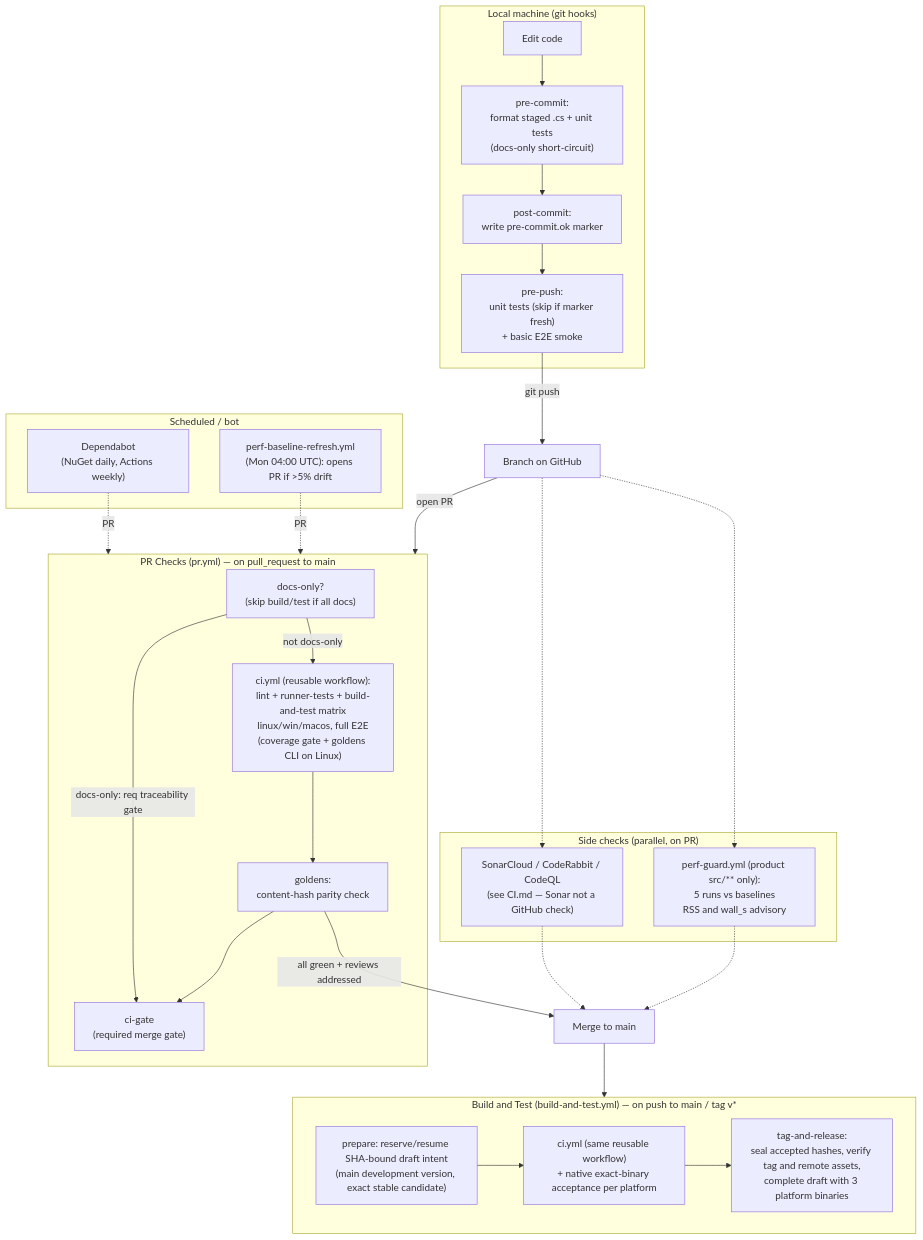
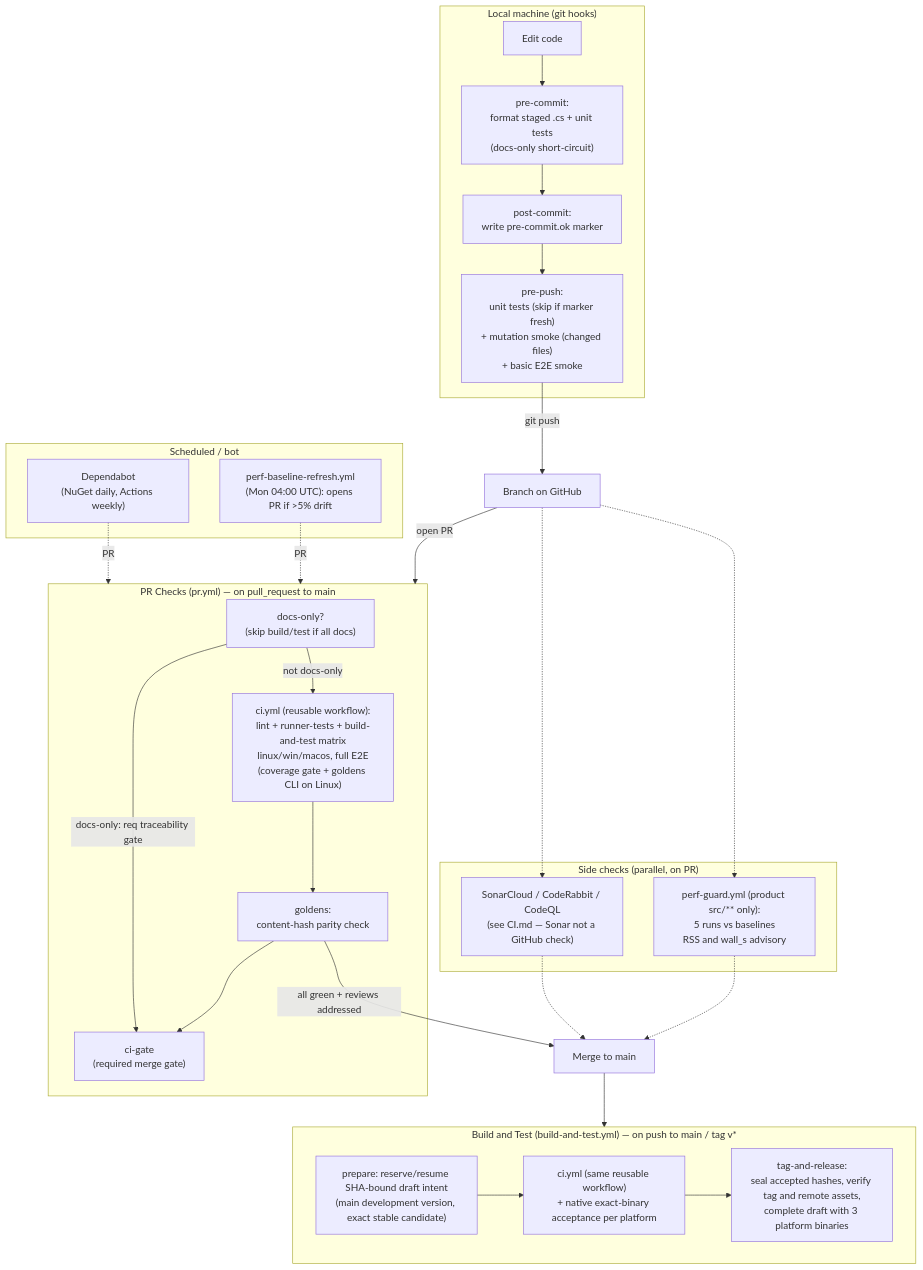
The diagram in docs/cicd.md (dwojtaszek/zipper), drawn with Mermaid before and after one commit. The commit also changed other lines of this file and 7 other files, not shown here.

Commit message:
feat(testing): add pre-push mutation smoke gate and runner error visibility (#1239)

````diff
--- a/docs/cicd.md
+++ b/docs/cicd.md
@@ -9,49 +9,49 @@
 ```mermaid
 flowchart TD
     subgraph local["Local machine (git hooks)"]
         edit["Edit code"]
         precommit["pre-commit:<br/>format staged .cs + unit tests<br/>(docs-only short-circuit)"]
         postcommit["post-commit:<br/>write pre-commit.ok marker"]
-        prepush["pre-push:<br/>unit tests (skip if marker fresh)<br/>+ basic E2E smoke"]
+        prepush["pre-push:<br/>unit tests (skip if marker fresh)<br/>+ mutation smoke (changed files)<br/>+ basic E2E smoke"]
         edit --> precommit --> postcommit --> prepush
     end
 
     prepush -->|git push| remote["Branch on GitHub"]
     remote -->|open PR| prpipe
 
     subgraph prpipe["PR Checks (pr.yml) — on pull_request to main"]
         docsonly["docs-only?<br/>(skip build/test if all docs)"]
         shared["ci.yml (reusable workflow):<br/>lint + runner-tests + build-and-test matrix<br/>linux/win/macos, full E2E<br/>(coverage gate + goldens CLI on Linux)"]
         gold["goldens:<br/>content-hash parity check"]
         gate["ci-gate<br/>(required merge gate)"]
         docsonly -->|not docs-only| shared --> gold --> gate
         docsonly -->|docs-only: req traceability gate| gate
     end
 
     subgraph side["Side checks (parallel, on PR)"]
         perf["perf-guard.yml (product src/** only):<br/>5 runs vs baselines<br/>RSS and wall_s advisory"]
         sonar["SonarCloud / CodeRabbit / CodeQL<br/>(see CI.md — Sonar not a GitHub check)"]
     end
     remote -.-> perf
     remote -.-> sonar
 
     gold -->|all green + reviews addressed| merge["Merge to main"]
     perf -.-> merge
     sonar -.-> merge
 
     merge --> btmain
 
     subgraph btmain["Build and Test (build-and-test.yml) — on push to main / tag v*"]
         prep["prepare: reserve/resume SHA-bound draft intent<br/>(main development version, exact stable candidate)"]
         sharedmain["ci.yml (same reusable workflow)<br/>+ native exact-binary acceptance per platform"]
         rel["tag-and-release:<br/>seal accepted hashes, verify tag and remote assets,<br/>complete draft with 3 platform binaries"]
         prep --> sharedmain --> rel
     end
 
     subgraph sched["Scheduled / bot"]
         baseline["perf-baseline-refresh.yml<br/>(Mon 04:00 UTC): opens PR if >5% drift"]
         dependabot["Dependabot<br/>(NuGet daily, Actions weekly)"]
     end
     baseline -.->|PR| prpipe
     dependabot -.->|PR| prpipe
 ```
````
